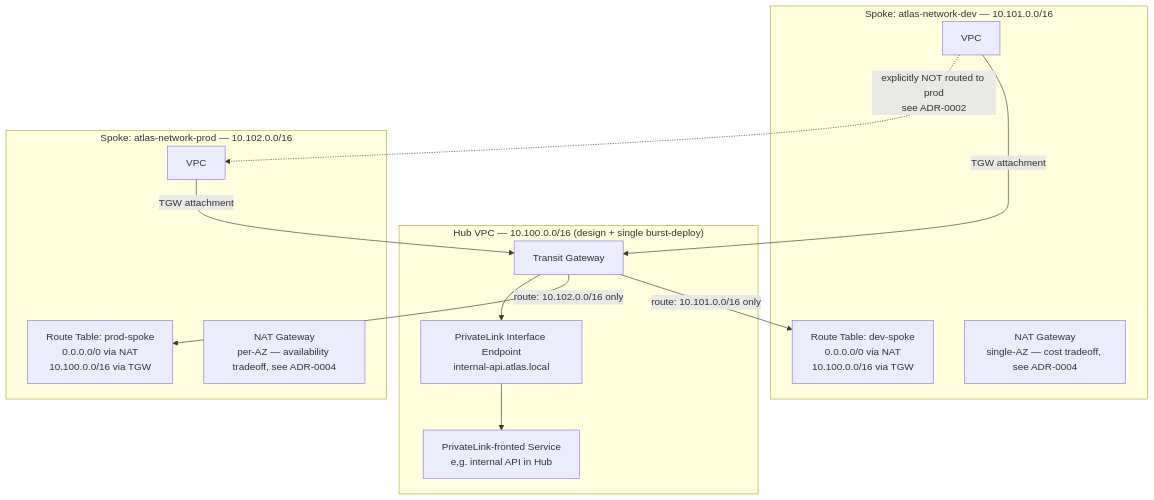
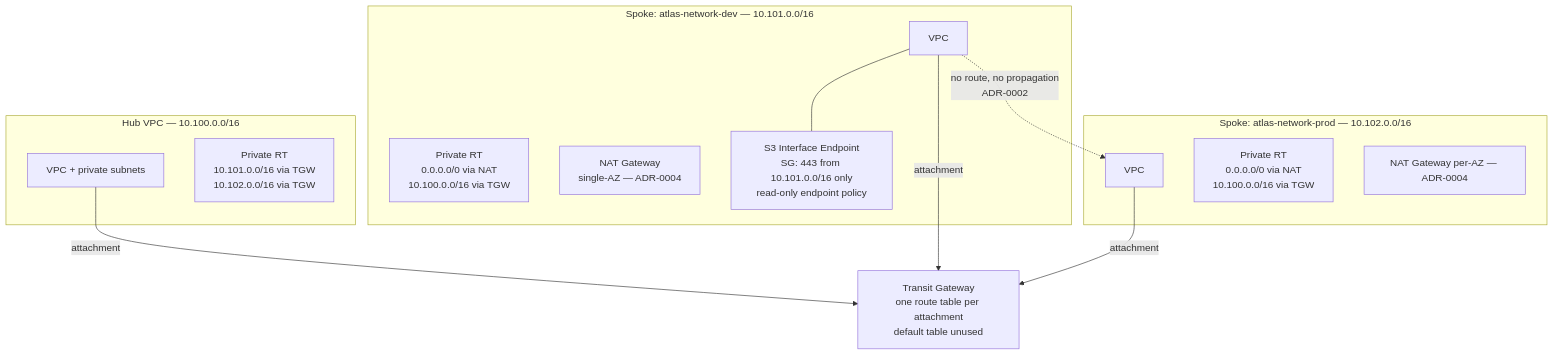
The diagram in README.md (spacecode-art/atlas-network), drawn with Mermaid before and after one commit. The commit also changed other lines of this file and 30 other files, not shown here.

Commit message:
fix: VPC→TGW routes, RA permissions, burst scripts, security scan, docs (ADR-0009)

````diff
--- a/README.md
+++ b/README.md
@@ -25,29 +25,28 @@
 ```mermaid
 graph TB
-    subgraph HUB["Hub VPC — 10.100.0.0/16 (design + single burst-deploy)"]
-        TGW[Transit Gateway]
-        PL_EP[PrivateLink Interface Endpoint<br/>internal-api.atlas.local]
-        PL_SVC[PrivateLink-fronted Service<br/>e.g. internal API in Hub]
+    subgraph HUB["Hub VPC — 10.100.0.0/16"]
+        HUB_VPC[VPC + private subnets]
+        HUB_RT[Private RT<br/>10.101.0.0/16 via TGW<br/>10.102.0.0/16 via TGW]
     end
+
+    TGW[Transit Gateway<br/>one route table per attachment<br/>default table unused]
 
     subgraph DEV["Spoke: atlas-network-dev — 10.101.0.0/16"]
         DEV_VPC[VPC]
-        DEV_RT[Route Table: dev-spoke<br/>0.0.0.0/0 via NAT<br/>10.100.0.0/16 via TGW]
-        DEV_NAT[NAT Gateway<br/>single-AZ — cost tradeoff, see ADR-0004]
+        DEV_RT[Private RT<br/>0.0.0.0/0 via NAT<br/>10.100.0.0/16 via TGW]
+        DEV_NAT[NAT Gateway<br/>single-AZ — ADR-0004]
+        DEV_EP[S3 Interface Endpoint<br/>SG: 443 from 10.101.0.0/16 only<br/>read-only endpoint policy]
     end
 
     subgraph PROD["Spoke: atlas-network-prod — 10.102.0.0/16"]
         PROD_VPC[VPC]
-        PROD_RT[Route Table: prod-spoke<br/>0.0.0.0/0 via NAT<br/>10.100.0.0/16 via TGW]
-        PROD_NAT[NAT Gateway<br/>per-AZ — availability tradeoff, see ADR-0004]
+        PROD_RT[Private RT<br/>0.0.0.0/0 via NAT<br/>10.100.0.0/16 via TGW]
+        PROD_NAT[NAT Gateway per-AZ — ADR-0004]
     end
 
-    DEV_VPC -- TGW attachment --> TGW
-    PROD_VPC -- TGW attachment --> TGW
-    TGW -- route: 10.101.0.0/16 only --> DEV_RT
-    TGW -- route: 10.102.0.0/16 only --> PROD_RT
-    DEV_VPC -.->|explicitly NOT routed to prod<br/>see ADR-0002| PROD_VPC
-
-    TGW --> PL_EP
-    PL_EP --> PL_SVC
+    HUB_VPC -- attachment --> TGW
+    DEV_VPC -- attachment --> TGW
+    PROD_VPC -- attachment --> TGW
+    DEV_VPC --- DEV_EP
+    DEV_VPC -.->|no route, no propagation<br/>ADR-0002| PROD_VPC
 ```
````
